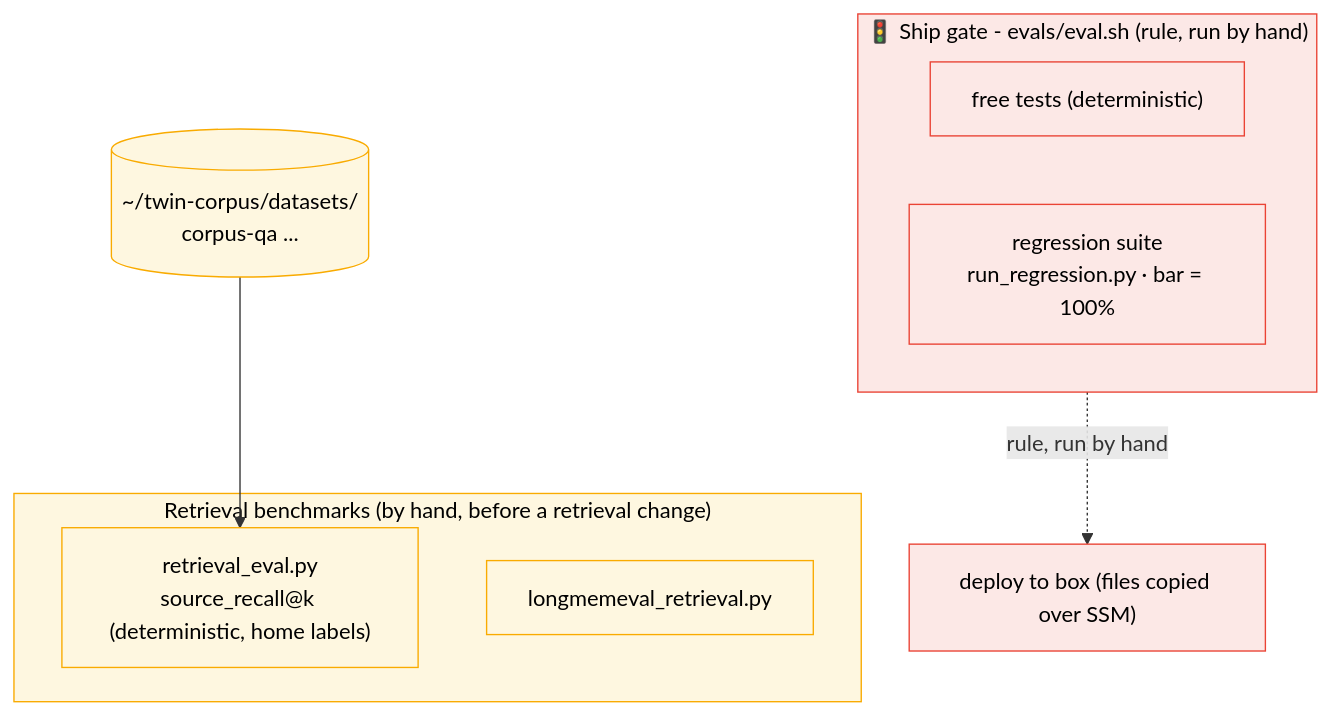
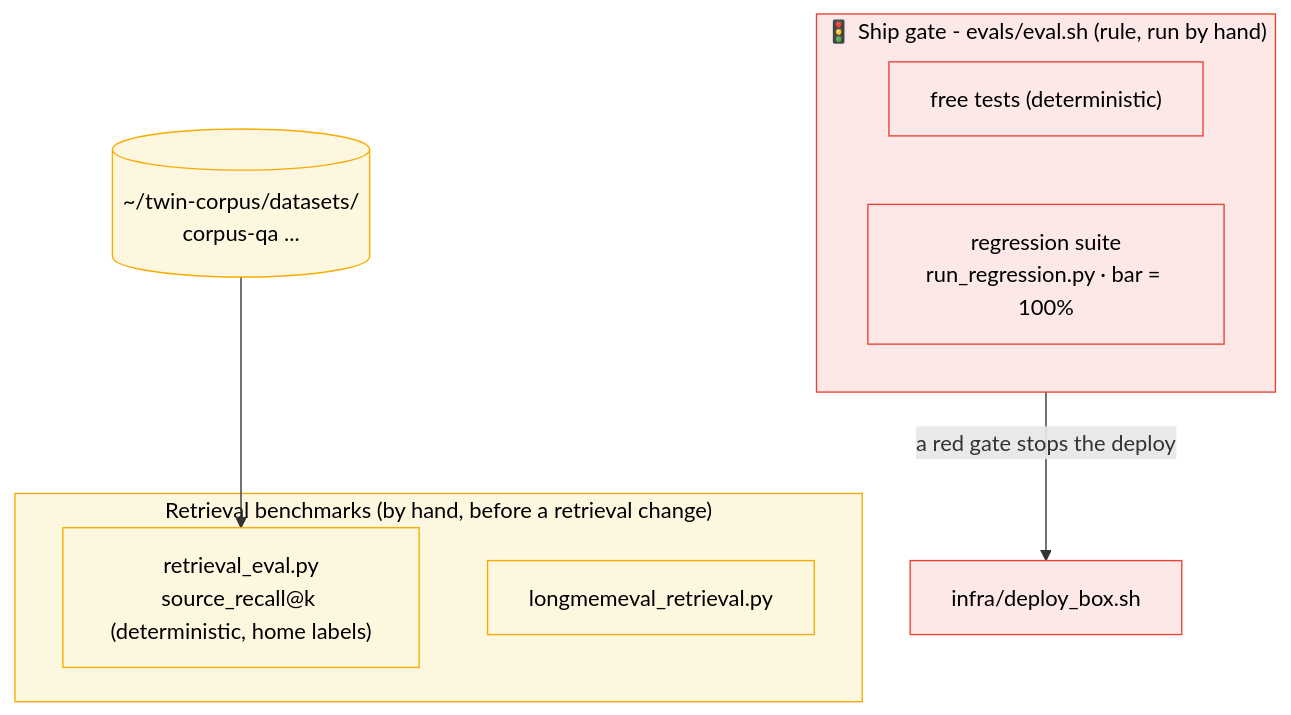
Before and after one commit to danielpuri1901/twin-mind: the fifth of 6 diagrams in docs/architecture-map.md, drawn with Mermaid. The commit also changed other lines of this file and 5 other files, not shown here.

First line of the commit message:
feat: the box deploys as a git checkout behind the ship gate

````diff
--- a/docs/architecture-map.md
+++ b/docs/architecture-map.md
@@ -188,22 +188,22 @@
 ```mermaid
 flowchart TB
     subgraph GATE["🚦 Ship gate - evals/eval.sh (rule, run by hand)"]
         TT["free tests (deterministic)"]
         REG["regression suite<br/>run_regression.py · bar = 100%"]
     end
 
     subgraph RETR["Retrieval benchmarks (by hand, before a retrieval change)"]
         RE["retrieval_eval.py<br/>source_recall@k (deterministic, home labels)"]
         LM["longmemeval_retrieval.py"]
     end
 
     DS[("~/twin-corpus/datasets/<br/>corpus-qa ...")]
 
     DS --> RE
-    GATE -.->|"rule, run by hand"| SHIP["deploy to box (files copied over SSM)"]
+    GATE -->|"a red gate stops the deploy"| SHIP["infra/deploy_box.sh"]
 
     classDef gate fill:#fce8e6,stroke:#ea4335,color:#000
     classDef eval fill:#fef7e0,stroke:#f9ab00,color:#000
     class GATE,TT,REG,SHIP gate
     class RETR,RE,LM,DS eval
 ```
````
